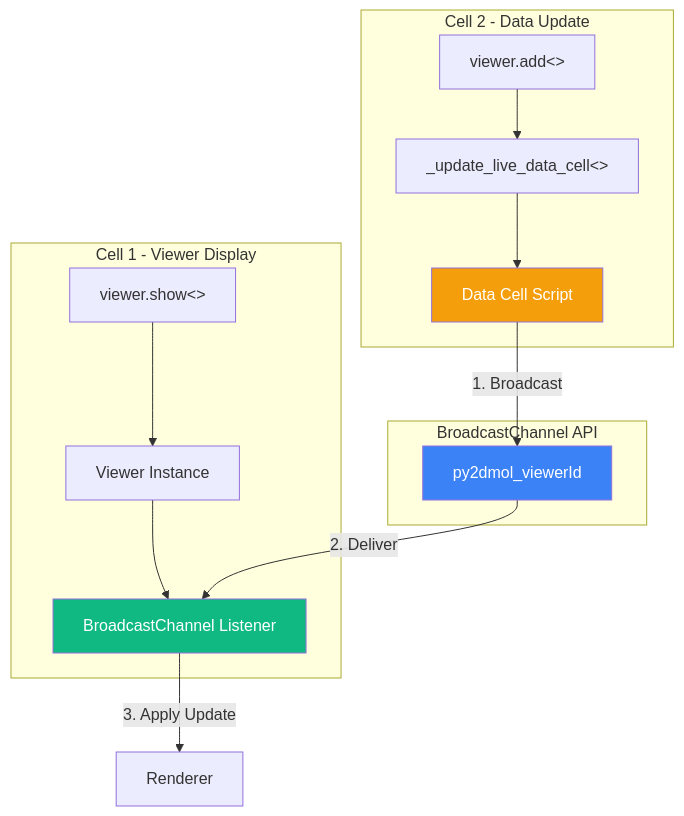
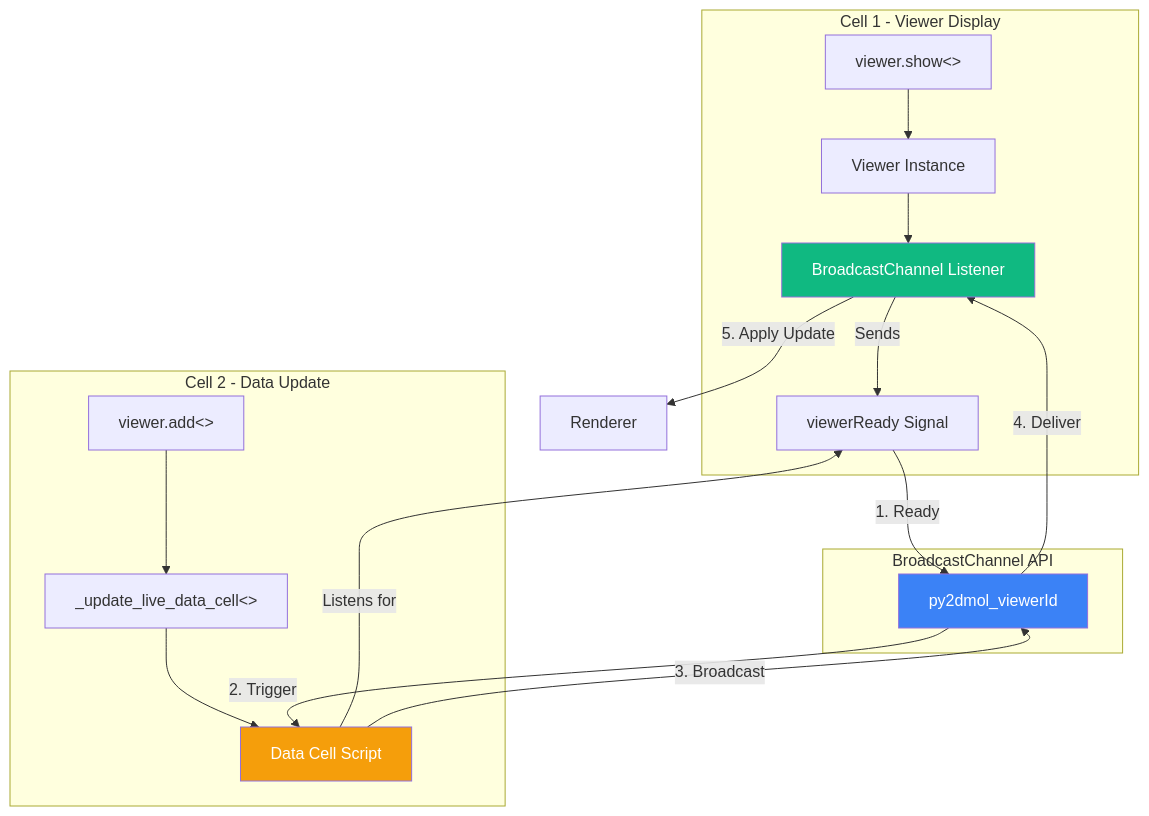
One commit to sokrypton/py2Dmol changed the third of 3 diagrams in technical_readme.md. Above: the diagram before and after it, drawn with Mermaid. The commit also changed other lines of this file and 1 other file, not shown here.

````diff
--- a/technical_readme.md
+++ b/technical_readme.md
@@ -658,23 +661,27 @@
 ```mermaid
 graph TB
     subgraph "Cell 1 - Viewer Display"
         A[viewer.show<>] --> B[Viewer Instance]
         B --> C[BroadcastChannel Listener]
+        C -->|Sends| D[viewerReady Signal]
     end
 
     subgraph "Cell 2 - Data Update"
-        D[viewer.add<>] --> E[_update_live_data_cell<>]
-        E --> F[Data Cell Script]
+        E[viewer.add<>] --> F[_update_live_data_cell<>]
+        F --> G[Data Cell Script]
+        G -->|Listens for| D
     end
 
     subgraph "BroadcastChannel API"
-        F -->|1. Broadcast| G[py2dmol_viewerId]
-        G -->|2. Deliver| C
+        D -->|1. Ready| H[py2dmol_viewerId]
+        H -->|2. Trigger| G
+        G -->|3. Broadcast| H
+        H -->|4. Deliver| C
     end
 
-    C -->|3. Apply Update| H[Renderer]
+    C -->|5. Apply Update| I[Renderer]
 
-    style G fill:#3b82f6,color:#fff
+    style H fill:#3b82f6,color:#fff
     style C fill:#10b981,color:#fff
-    style F fill:#f59e0b,color:#fff
+    style G fill:#f59e0b,color:#fff
 ```
````
